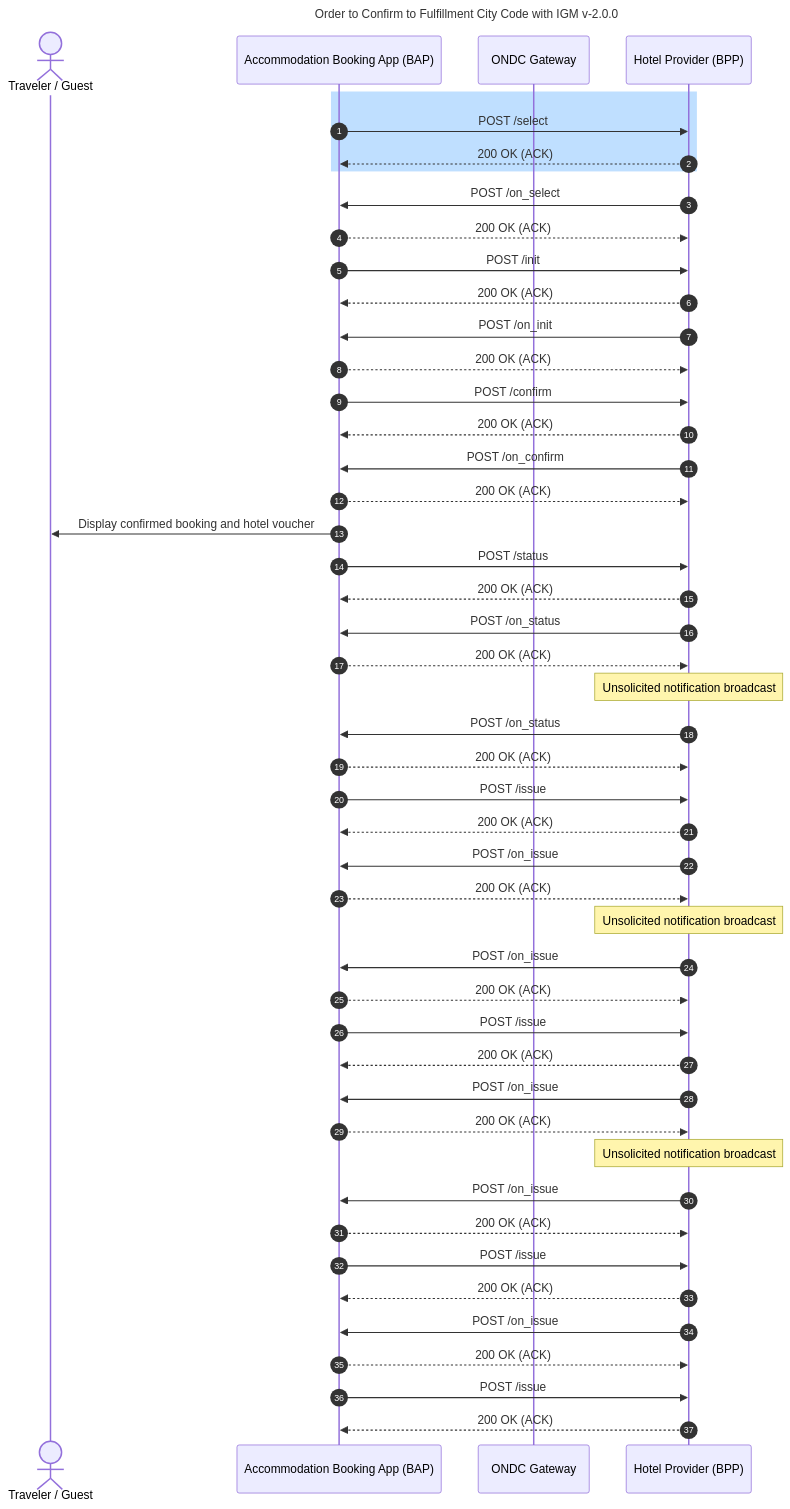
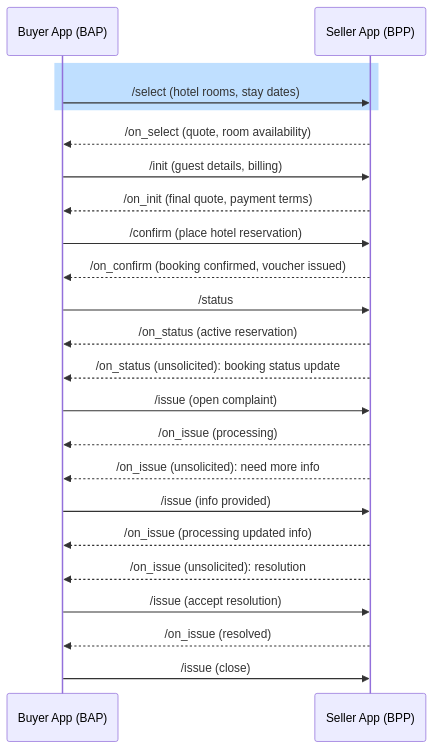
The first of 18 diagrams in config/docs/order-to-confirm-to-fulfillment-city-code-with-igm-v-2-0-0-sequence-diagrams.md (ONDC-Official/automation-specifications), drawn with Mermaid before and after one commit. The commit also changed other lines of this file and 9 other files, not shown here.

````diff
--- a/config/docs/order-to-confirm-to-fulfillment-city-code-with-igm-v-2-0-0-sequence-diagrams.md
+++ b/config/docs/order-to-confirm-to-fulfillment-city-code-with-igm-v-2-0-0-sequence-diagrams.md
@@ -13,52 +12,25 @@
 ```mermaid
 sequenceDiagram
-    title Order to Confirm to Fulfillment City Code with IGM v-2.0.0
-    autonumber
-    actor User as Traveler / Guest
-    participant BAP as Accommodation Booking App (BAP)
-    participant BG as ONDC Gateway
-    participant BPP as Hotel Provider (BPP)
-
-    rect rgb(191, 223, 255)
-    BAP->>BPP: POST /select
-    BPP-->>BAP: 200 OK (ACK)
-    end
-    BPP->>BAP: POST /on_select
-    BAP-->>BPP: 200 OK (ACK)
-    BAP->>BPP: POST /init
-    BPP-->>BAP: 200 OK (ACK)
-    BPP->>BAP: POST /on_init
-    BAP-->>BPP: 200 OK (ACK)
-    BAP->>BPP: POST /confirm
-    BPP-->>BAP: 200 OK (ACK)
-    BPP->>BAP: POST /on_confirm
-    BAP-->>BPP: 200 OK (ACK)
-    BAP->>User: Display confirmed booking and hotel voucher
-    BAP->>BPP: POST /status
-    BPP-->>BAP: 200 OK (ACK)
-    BPP->>BAP: POST /on_status
-    BAP-->>BPP: 200 OK (ACK)
-    Note over BPP: Unsolicited notification broadcast
-    BPP->>BAP: POST /on_status
-    BAP-->>BPP: 200 OK (ACK)
-    BAP->>BPP: POST /issue
-    BPP-->>BAP: 200 OK (ACK)
-    BPP->>BAP: POST /on_issue
-    BAP-->>BPP: 200 OK (ACK)
-    Note over BPP: Unsolicited notification broadcast
-    BPP->>BAP: POST /on_issue
-    BAP-->>BPP: 200 OK (ACK)
-    BAP->>BPP: POST /issue
-    BPP-->>BAP: 200 OK (ACK)
-    BPP->>BAP: POST /on_issue
-    BAP-->>BPP: 200 OK (ACK)
-    Note over BPP: Unsolicited notification broadcast
-    BPP->>BAP: POST /on_issue
-    BAP-->>BPP: 200 OK (ACK)
-    BAP->>BPP: POST /issue
-    BPP-->>BAP: 200 OK (ACK)
-    BPP->>BAP: POST /on_issue
-    BAP-->>BPP: 200 OK (ACK)
-    BAP->>BPP: POST /issue
-    BPP-->>BAP: 200 OK (ACK)
+  participant Buyer App (BAP)
+  participant Seller App (BPP)
+  rect rgb(191, 223, 255)
+  Buyer App (BAP)->>Seller App (BPP): /select (hotel rooms, stay dates)
+  end
+  Seller App (BPP)-->>Buyer App (BAP): /on_select (quote, room availability)
+  Buyer App (BAP)->>Seller App (BPP): /init (guest details, billing)
+  Seller App (BPP)-->>Buyer App (BAP): /on_init (final quote, payment terms)
+  Buyer App (BAP)->>Seller App (BPP): /confirm (place hotel reservation)
+  Seller App (BPP)-->>Buyer App (BAP): /on_confirm (booking confirmed, voucher issued)
+  Buyer App (BAP)->>Seller App (BPP): /status
+  Seller App (BPP)-->>Buyer App (BAP): /on_status (active reservation)
+  Seller App (BPP)-->>Buyer App (BAP): /on_status (unsolicited): booking status update
+  Buyer App (BAP)->>Seller App (BPP): /issue (open complaint)
+  Seller App (BPP)-->>Buyer App (BAP): /on_issue (processing)
+  Seller App (BPP)-->>Buyer App (BAP): /on_issue (unsolicited): need more info
+  Buyer App (BAP)->>Seller App (BPP): /issue (info provided)
+  Seller App (BPP)-->>Buyer App (BAP): /on_issue (processing updated info)
+  Seller App (BPP)-->>Buyer App (BAP): /on_issue (unsolicited): resolution
+  Buyer App (BAP)->>Seller App (BPP): /issue (accept resolution)
+  Seller App (BPP)-->>Buyer App (BAP): /on_issue (resolved)
+  Buyer App (BAP)->>Seller App (BPP): /issue (close)
 ```
````
